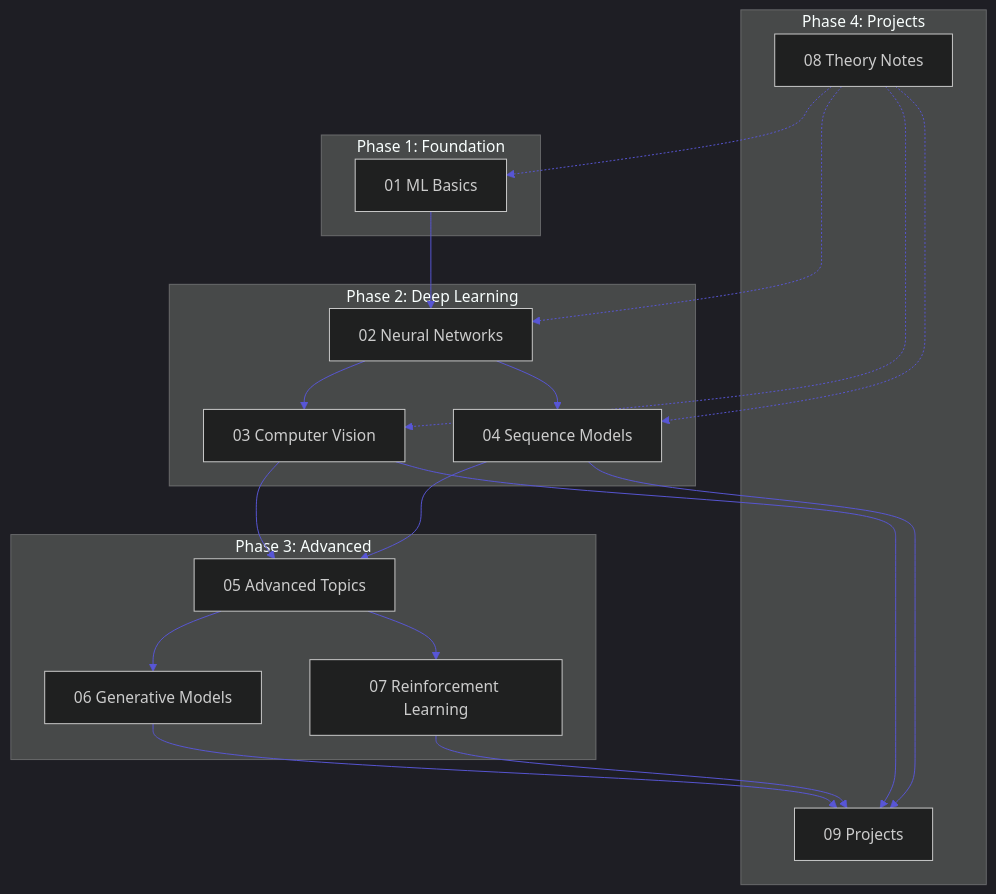
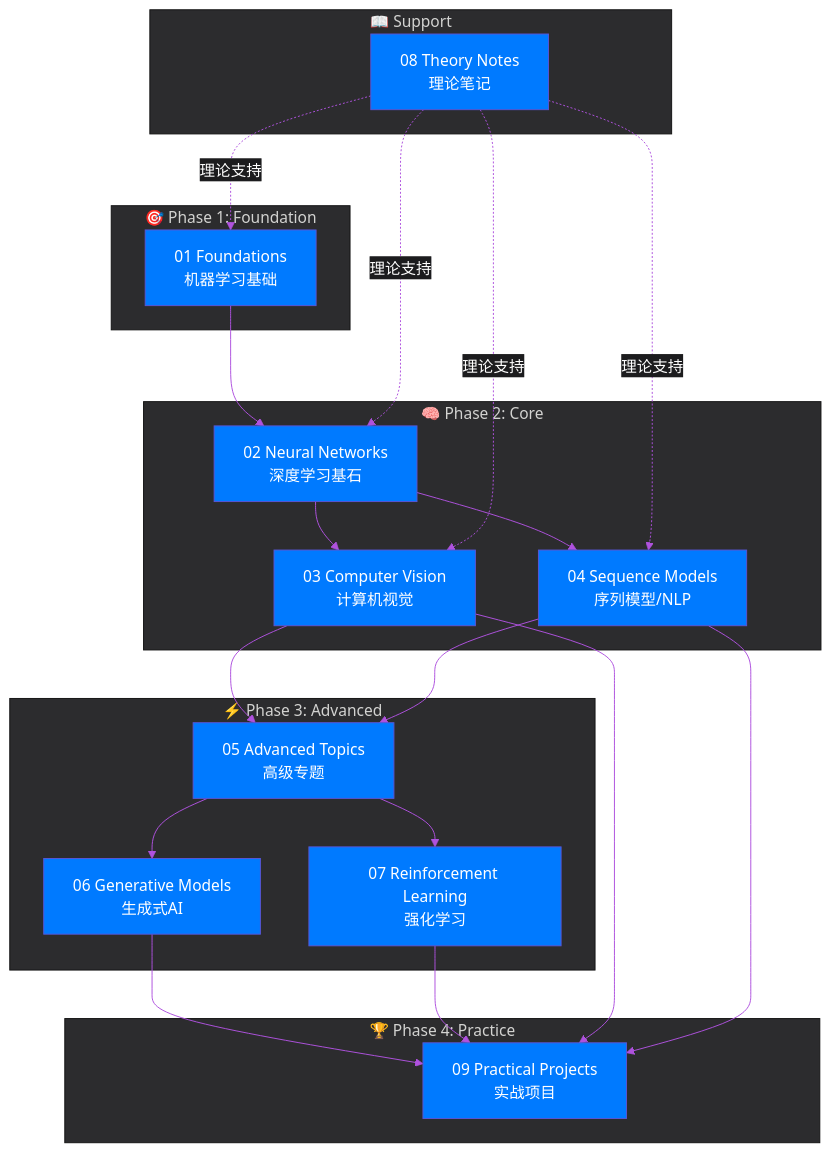
The diagram in README.md (zrlzmlhd/AI-Practices), drawn with Mermaid before and after one commit. The commit also changed other lines of this file, not shown here.

````diff
--- a/README.md
+++ b/README.md
@@ -125,32 +197,35 @@
 ```mermaid
-%%{init: {'theme': 'dark', 'themeVariables': { 'primaryColor': '#007AFF', 'primaryTextColor': '#fff', 'primaryBorderColor': '#007AFF', 'lineColor': '#5856D6', 'secondaryColor': '#1c1c1e', 'tertiaryColor': '#2c2c2e'}}}%%
+%%{init: {'theme': 'base', 'themeVariables': { 'primaryColor': '#007AFF', 'primaryTextColor': '#fff', 'primaryBorderColor': '#5856D6', 'lineColor': '#AF52DE', 'secondaryColor': '#1c1c1e', 'tertiaryColor': '#2c2c2e', 'background': '#000000'}}}%%
 flowchart TB
-    subgraph Foundation["Phase 1: Foundation"]
-        A[01 ML Basics]
+    subgraph P1["🎯 Phase 1: Foundation"]
+        A[01 Foundations<br/>机器学习基础]
     end
 
-    subgraph Core["Phase 2: Deep Learning"]
-        B[02 Neural Networks]
-        C[03 Computer Vision]
-        D[04 Sequence Models]
+    subgraph P2["🧠 Phase 2: Core"]
+        B[02 Neural Networks<br/>深度学习基石]
+        C[03 Computer Vision<br/>计算机视觉]
+        D[04 Sequence Models<br/>序列模型/NLP]
     end
 
-    subgraph Advanced["Phase 3: Advanced"]
-        E[05 Advanced Topics]
-        F[06 Generative Models]
-        G[07 Reinforcement Learning]
+    subgraph P3["⚡ Phase 3: Advanced"]
+        E[05 Advanced Topics<br/>高级专题]
+        F[06 Generative Models<br/>生成式AI]
+        G[07 Reinforcement Learning<br/>强化学习]
     end
 
-    subgraph Practice["Phase 4: Projects"]
-        H[08 Theory Notes]
-        I[09 Projects]
+    subgraph P4["🏆 Phase 4: Practice"]
+        H[09 Practical Projects<br/>实战项目]
+    end
+
+    subgraph Support["📖 Support"]
+        I[08 Theory Notes<br/>理论笔记]
     end
 
     A --> B
     B --> C & D
     C & D --> E
     E --> F & G
-    F & G --> I
-    C & D --> I
-    H -.-> A & B & C & D
+    F & G --> H
+    C & D --> H
+    I -.->|理论支持| A & B & C & D
 ```
````
